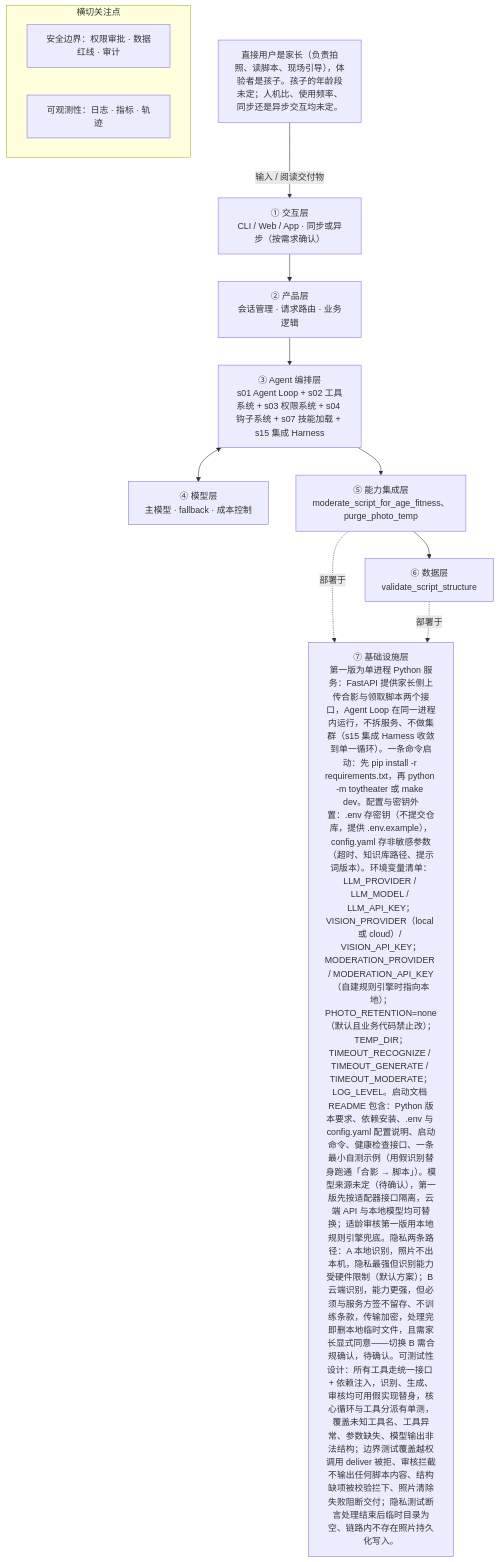
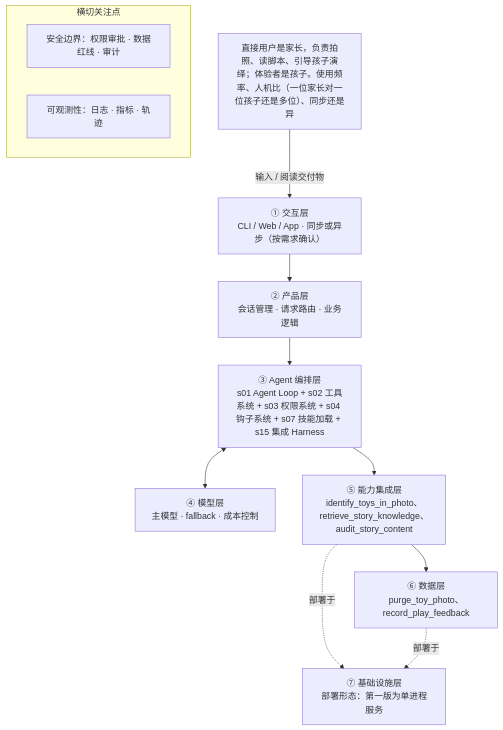
The diagram in docs/examples/方案示例-玩具剧场-真实运行.md (hubooooooo/agent-blueprint), drawn with Mermaid before and after one commit. The commit also changed other lines of this file and 11 other files, not shown here.

````diff
--- a/docs/examples/方案示例-玩具剧场-真实运行.md
+++ b/docs/examples/方案示例-玩具剧场-真实运行.md
@@ -102,22 +103,22 @@
 ```mermaid
 flowchart TD
-    U["直接用户是家长（负责拍照、读脚本、现场引导），体验者是孩子。孩子的年龄段未定；人机比、使用频率、同步还是异步交互均未定。"] -->|输入 / 阅读交付物| L1
+    U["直接用户是家长，负责拍照、读脚本、引导孩子演绎；体验者是孩子。使用频率、人机比（一位家长对一位孩子还是多位）、同步还是异"] -->|输入 / 阅读交付物| L1
     L1["① 交互层<br/>CLI / Web / App · 同步或异步（按需求确认）"]
     L2["② 产品层<br/>会话管理 · 请求路由 · 业务逻辑"]
     L3["③ Agent 编排层<br/>s01 Agent Loop + s02 工具系统 + s03 权限系统 + s04 钩子系统 + s07 技能加载 + s15 集成 Harness"]
     L4["④ 模型层<br/>主模型 · fallback · 成本控制"]
-    L5["⑤ 能力集成层<br/>moderate_script_for_age_fitness、purge_photo_temp"]
-    L6["⑥ 数据层<br/>validate_script_structure"]
-    L7["⑦ 基础设施层<br/>第一版为单进程 Python 服务：FastAPI 提供家长侧上传合影与领取脚本两个接口，Agent Loop 在同一进程内运行，不拆服务、不做集群（s15 集成 Harness 收敛到单一循环）。一条命令启动：先 pip install -r requirements.txt，再 python -m toytheater 或 make dev。配置与密钥外置：.env 存密钥（不提交仓库，提供 .env.example），config.yaml 存非敏感参数（超时、知识库路径、提示词版本）。环境变量清单：LLM_PROVIDER / LLM_MODEL / LLM_API_KEY；VISION_PROVIDER（local 或 cloud）/ VISION_API_KEY；MODERATION_PROVIDER / MODERATION_API_KEY（自建规则引擎时指向本地）；PHOTO_RETENTION=none（默认且业务代码禁止改）；TEMP_DIR；TIMEOUT_RECOGNIZE / TIMEOUT_GENERATE / TIMEOUT_MODERATE；LOG_LEVEL。启动文档 README 包含：Python 版本要求、依赖安装、.env 与 config.yaml 配置说明、启动命令、健康检查接口、一条最小自测示例（用假识别替身跑通「合影 → 脚本」）。模型来源未定（待确认），第一版先按适配器接口隔离，云端 API 与本地模型均可替换；适龄审核第一版用本地规则引擎兜底。隐私两条路径：A 本地识别，照片不出本机，隐私最强但识别能力受硬件限制（默认方案）；B 云端识别，能力更强，但必须与服务方签不留存、不训练条款，传输加密，处理完即删本地临时文件，且需家长显式同意——切换 B 需合规确认，待确认。可测试性设计：所有工具走统一接口 + 依赖注入，识别、生成、审核均可用假实现替身，核心循环与工具分派有单测，覆盖未知工具名、工具异常、参数缺失、模型输出非法结构；边界测试覆盖越权调用 deliver 被拒、审核拦截不输出任何脚本内容、结构缺项被校验拦下、照片清除失败阻断交付；隐私测试断言处理结束后临时目录为空、链路内不存在照片持久化写入。"]
+    L5["⑤ 能力集成层<br/>identify_toys_in_photo、retrieve_story_knowledge、audit_story_content"]
+    L6["⑥ 数据层<br/>purge_toy_photo、record_play_feedback"]
+    L7["⑦ 基础设施层<br/>部署形态：第一版为单进程服务"]
     L1 --> L2
     L2 --> L3
     L3 <--> L4
     L3 --> L5
     L5 --> L6
     L5 -.->|部署于| L7
     L6 -.->|部署于| L7
     subgraph 横切关注点
         SEC["安全边界：权限审批 · 数据红线 · 审计"]
         OBS["可观测性：日志 · 指标 · 轨迹"]
     end
 ```
````
